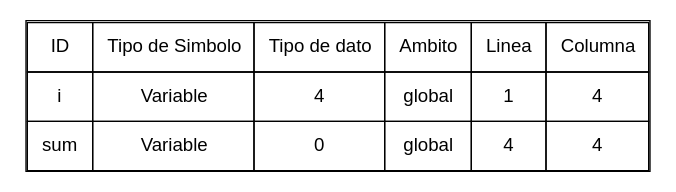
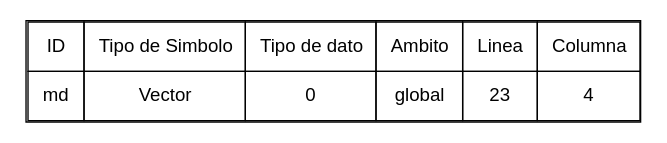
The diagram in reports/graphTable.dot (Noel1903/OLC2_P12S201900822), drawn with Graphviz before and after one commit. The commit also changed 38 other files, not shown here.

```diff
--- a/reports/graphTable.dot
+++ b/reports/graphTable.dot
@@ -1,9 +1,9 @@
 
 digraph G{
 fontname="Helvetica,Arial,sans-serif";
 node [fontname="Helvetica,Arial,sans-serif"];
 a0 [shape=none label=<
 <TABLE border="1" cellspacing="0" cellpadding="10">
 <tr><td>ID</td><td>Tipo de Simbolo</td><td>Tipo de dato</td><td>Ambito</td><td>Linea</td><td>Columna</td></tr>
-<tr><td>i</td><td>Variable</td><td>4</td><td>global</td><td>1</td><td>4</td></tr><tr><td>sum</td><td>Variable</td><td>0</td><td>global</td><td>4</td><td>4</td></tr></TABLE>>];
+<tr><td>md</td><td>Vector</td><td>0</td><td>global</td><td>23</td><td>4</td></tr></TABLE>>];
 }
```
